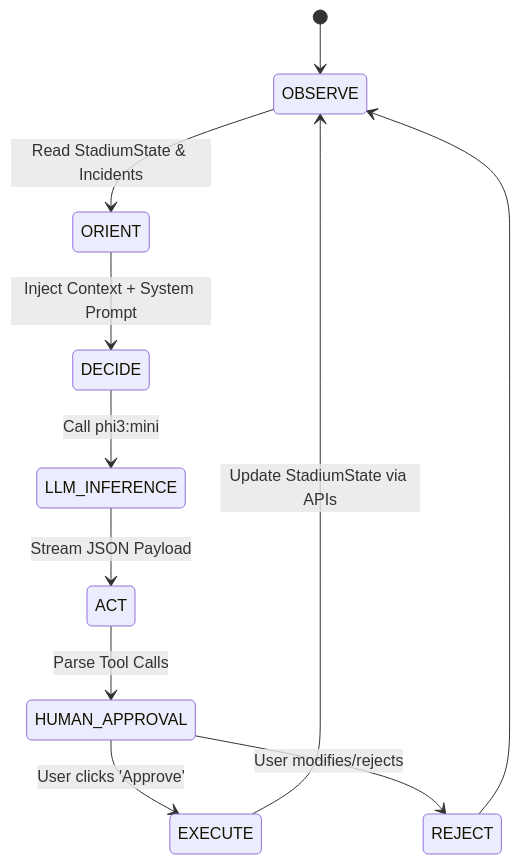
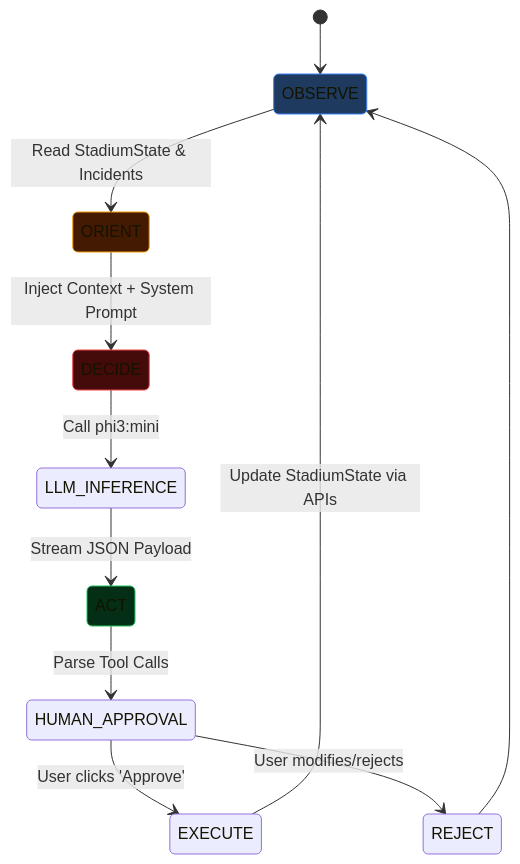
One commit to aadhyanthk/FIFA-26-Operations-Control-Center changed the second of 3 diagrams in README.md. Above: the diagram before and after it, drawn with Mermaid. The commit also changed other lines of this file, not shown here.

Commit message:
docs: hyper-optimize README with styled mermaid graphs, metric tables, and enterprise hooks

````diff
--- a/README.md
+++ b/README.md
@@ -80,13 +95,18 @@
 ```mermaid
 stateDiagram-v2
+    classDef observe fill:#1e3a5f,stroke:#3b82f6
+    classDef orient fill:#451a03,stroke:#f59e0b
+    classDef decide fill:#450a0a,stroke:#ef4444
+    classDef act fill:#052e16,stroke:#22c55e
+
     [*] --> OBSERVE
-    OBSERVE --> ORIENT: Read StadiumState & Incidents
-    ORIENT --> DECIDE: Inject Context + System Prompt
-    DECIDE --> LLM_INFERENCE: Call phi3:mini
-    LLM_INFERENCE --> ACT: Stream JSON Payload
-    ACT --> HUMAN_APPROVAL: Parse Tool Calls
+    OBSERVE:::observe --> ORIENT:::orient: Read StadiumState & Incidents
+    ORIENT:::orient --> DECIDE:::decide: Inject Context + System Prompt
+    DECIDE:::decide --> LLM_INFERENCE: Call phi3:mini
+    LLM_INFERENCE --> ACT:::act: Stream JSON Payload
+    ACT:::act --> HUMAN_APPROVAL: Parse Tool Calls
     HUMAN_APPROVAL --> EXECUTE: User clicks 'Approve'
     EXECUTE --> OBSERVE: Update StadiumState via APIs
     HUMAN_APPROVAL --> REJECT: User modifies/rejects
     REJECT --> OBSERVE
 ```
````
